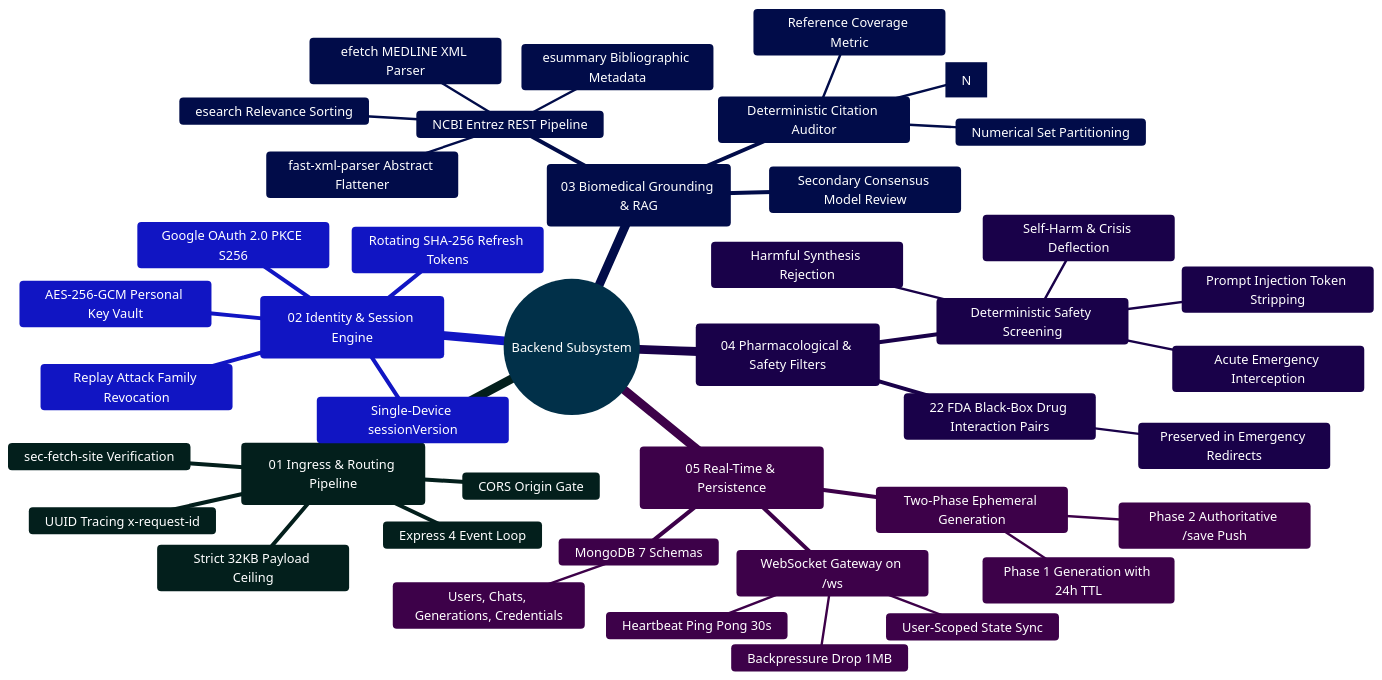
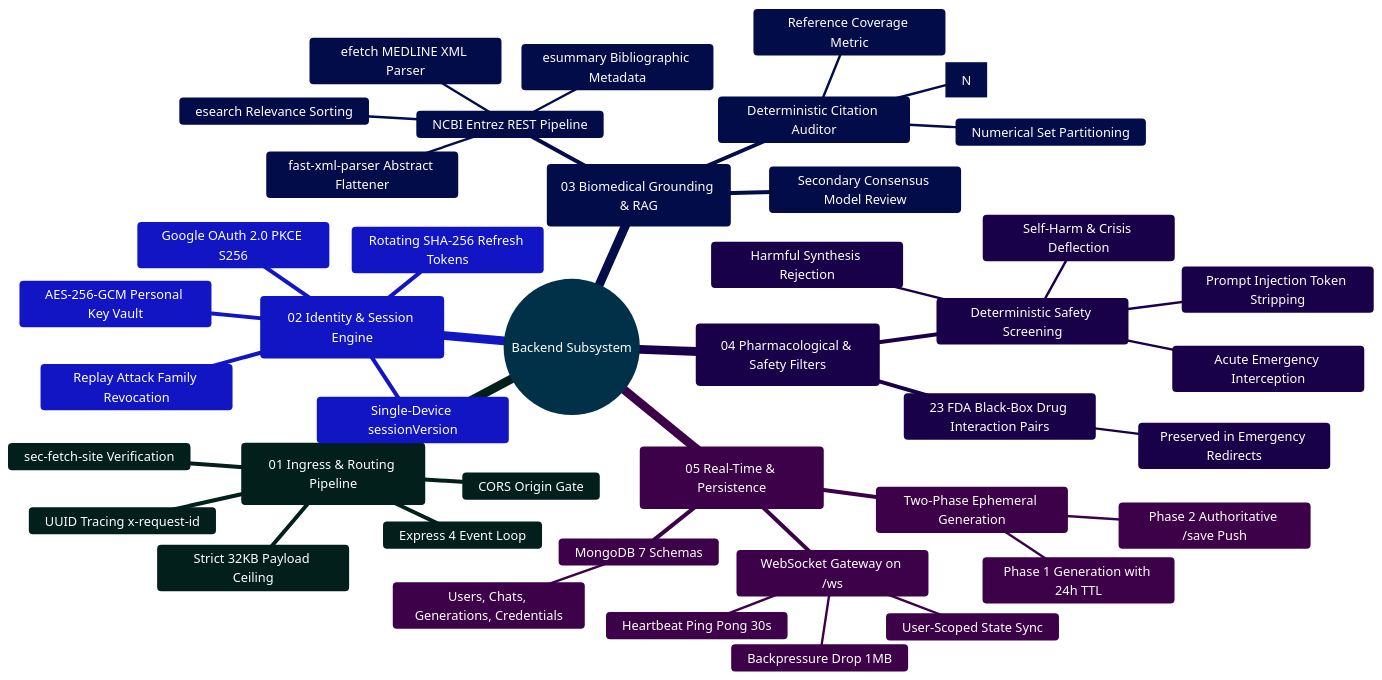
The first of 2 diagrams in backend/README.md (Ganesh172919/React-App-LLM), drawn with Mermaid before and after one commit. The commit also changed other lines of this file and 39 other files, not shown here.

````diff
--- a/backend/README.md
+++ b/backend/README.md
@@ -73,47 +75,47 @@
 ```mermaid
 %%{init: {'theme': 'base', 'themeVariables': { 'primaryColor': '#0284c7', 'primaryTextColor': '#ffffff', 'primaryBorderColor': '#0369a1', 'lineColor': '#0284c7', 'secondaryColor': '#0d9488', 'tertiaryColor': '#6366f1' }}}%%
 mindmap
   root((Backend Subsystem))
     ::icon(fa fa-server)
     (01 Ingress & Routing Pipeline)
       Express 4 Event Loop
       UUID Tracing x-request-id
       CORS Origin Gate
       sec-fetch-site Verification
       Strict 32KB Payload Ceiling
     (02 Identity & Session Engine)
       Single-Device sessionVersion
       Rotating SHA-256 Refresh Tokens
       Replay Attack Family Revocation
       Google OAuth 2.0 PKCE S256
       AES-256-GCM Personal Key Vault
     (03 Biomedical Grounding & RAG)
       NCBI Entrez REST Pipeline
         esearch Relevance Sorting
         esummary Bibliographic Metadata
         efetch MEDLINE XML Parser
         fast-xml-parser Abstract Flattener
       Deterministic Citation Auditor
         Bracket Regex Extraction [N]
         Numerical Set Partitioning
         Reference Coverage Metric
       Secondary Consensus Model Review
     (04 Pharmacological & Safety Filters)
       Deterministic Safety Screening
         Self-Harm & Crisis Deflection
         Acute Emergency Interception
         Harmful Synthesis Rejection
         Prompt Injection Token Stripping
-      22 FDA Black-Box Drug Interaction Pairs
+      23 FDA Black-Box Drug Interaction Pairs
         Preserved in Emergency Redirects
     (05 Real-Time & Persistence)
       Two-Phase Ephemeral Generation
         Phase 1 Generation with 24h TTL
         Phase 2 Authoritative /save Push
       WebSocket Gateway on /ws
         Heartbeat Ping Pong 30s
         Backpressure Drop 1MB
         User-Scoped State Sync
       MongoDB 7 Schemas
         Users, Chats, Generations, Credentials
 ```
````
